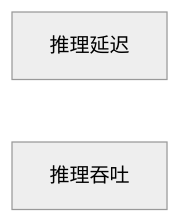
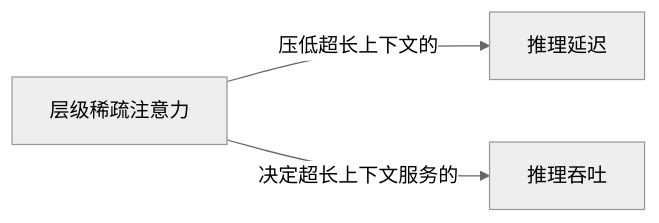
The ninth of 10 diagrams in 知识网络.md (z-Zihan/LLM-101), drawn with Mermaid (neutral theme) before and after one commit. The commit also changed other lines of this file and 5 other files, not shown here.

Commit message:
docs(llm): add hierarchical sparse attention section on ultra-long-context inference (#16)

````diff
--- a/知识网络.md
+++ b/知识网络.md
@@ -479,5 +480,8 @@
 ```mermaid
 flowchart LR
+    n_hierarchical_sparse_attention["层级稀疏注意力"]
     n_latency["推理延迟"]
     n_throughput["推理吞吐"]
+    n_hierarchical_sparse_attention -->|"压低超长上下文的"| n_latency
+    n_hierarchical_sparse_attention -->|"决定超长上下文服务的"| n_throughput
 ```
````
